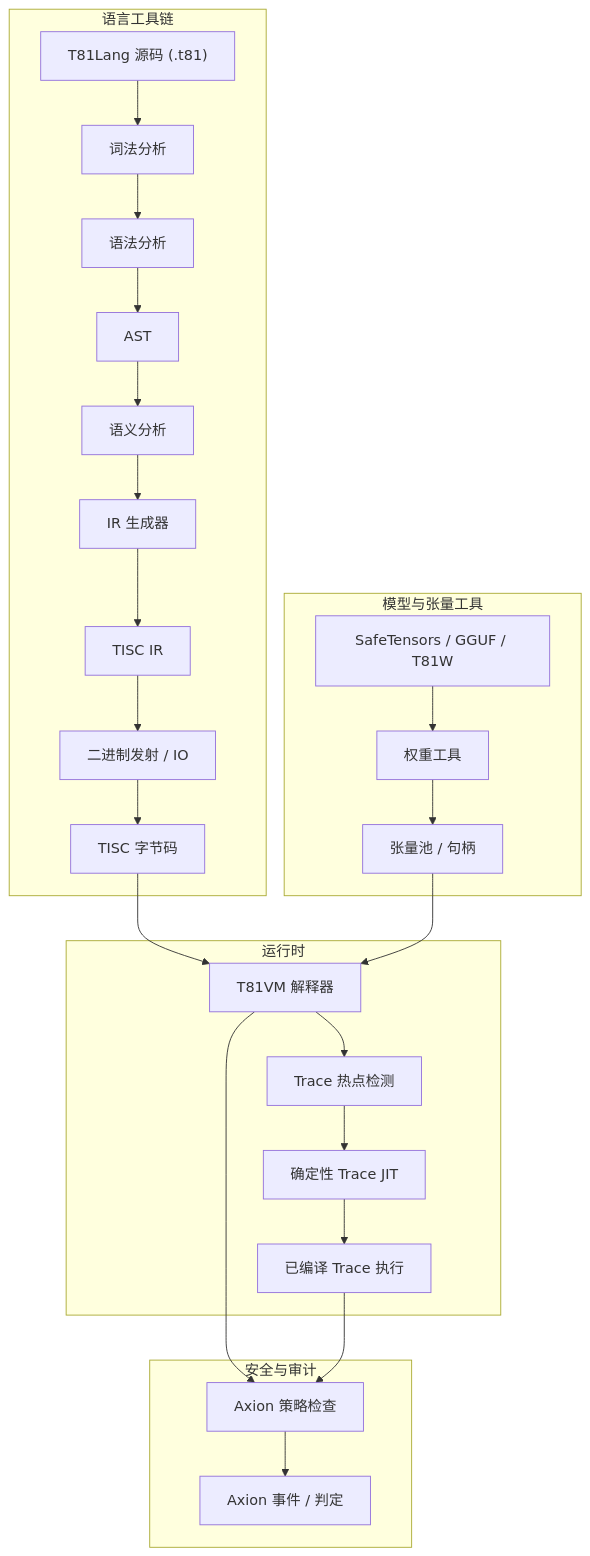
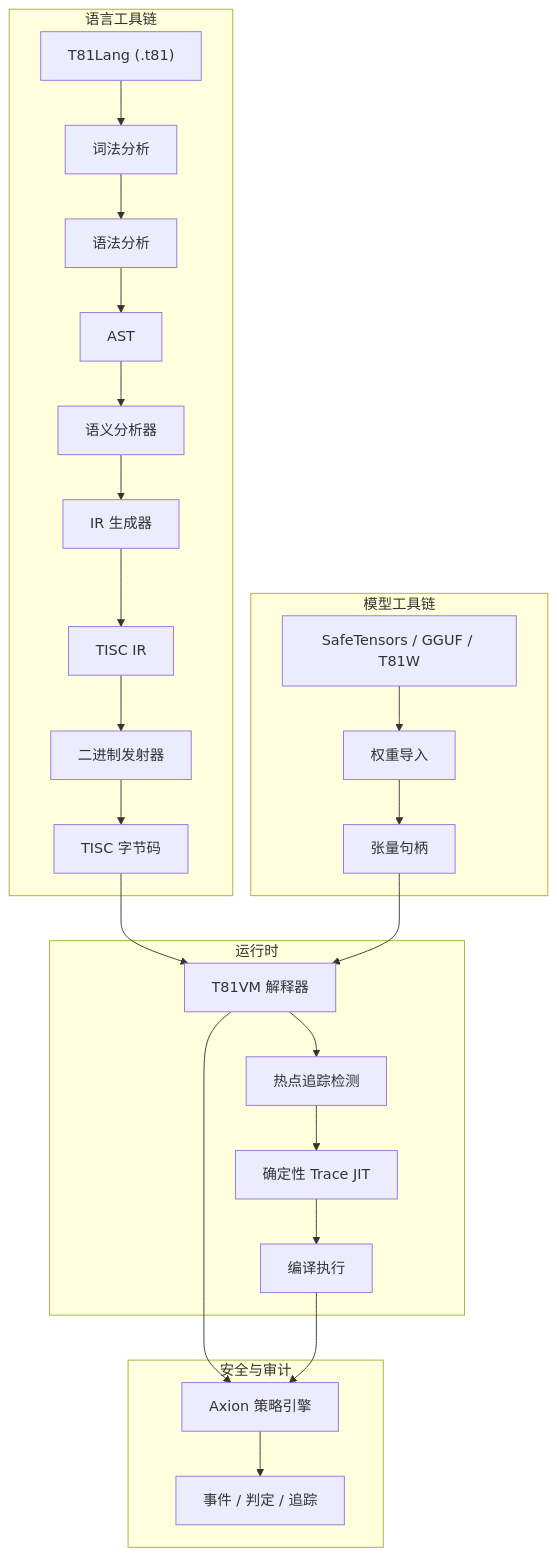
One commit to ryansctt1994-sudo/t81-foundation changed the diagram in README.zh-CN.md. Above: the diagram before and after it, drawn with Mermaid. The commit also changed other lines of this file, not shown here.

````diff
--- a/README.zh-CN.md
+++ b/README.zh-CN.md
@@ -99,30 +98,30 @@
 ```mermaid
 graph TD
     subgraph "语言工具链"
-        A["T81Lang 源码 (.t81)"] --> B[词法分析]
+        A["T81Lang (.t81)"] --> B[词法分析]
         B --> C[语法分析]
         C --> D[AST]
-        D --> E["语义分析"]
+        D --> E["语义分析器"]
         E --> F["IR 生成器"]
         F --> G["TISC IR"]
-        G --> H["二进制发射 / IO"]
+        G --> H["二进制发射器"]
         H --> I["TISC 字节码"]
     end
     subgraph "运行时"
         I --> J["T81VM 解释器"]
-        J --> K["Trace 热点检测"]
+        J --> K["热点追踪检测"]
         K --> L["确定性 Trace JIT"]
-        L --> M["已编译 Trace 执行"]
+        L --> M["编译执行"]
     end
     subgraph "安全与审计"
-        J --> N["Axion 策略检查"]
+        J --> N["Axion 策略引擎"]
         M --> N
-        N --> O["Axion 事件 / 判定"]
+        N --> O["事件 / 判定 / 追踪"]
     end
-    subgraph "模型与张量工具"
-        P["SafeTensors / GGUF / T81W"] --> Q["权重工具"]
-        Q --> R["张量池 / 句柄"]
+    subgraph "模型工具链"
+        P["SafeTensors / GGUF / T81W"] --> Q["权重导入"]
+        Q --> R["张量句柄"]
         R --> J
     end
 
 ```
````
